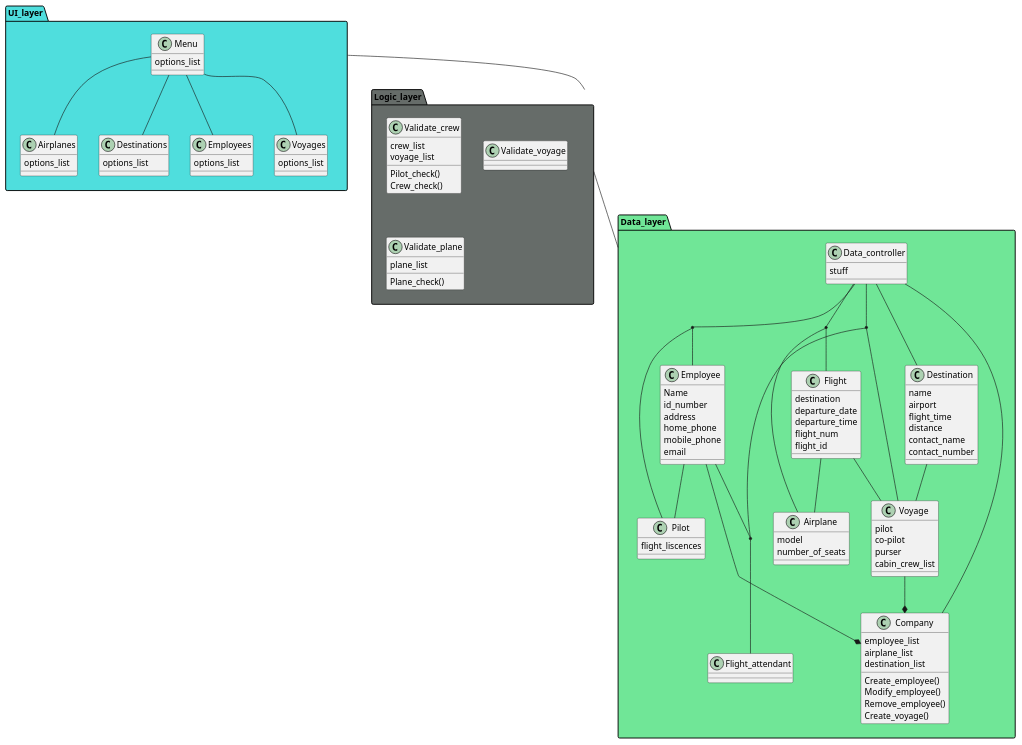
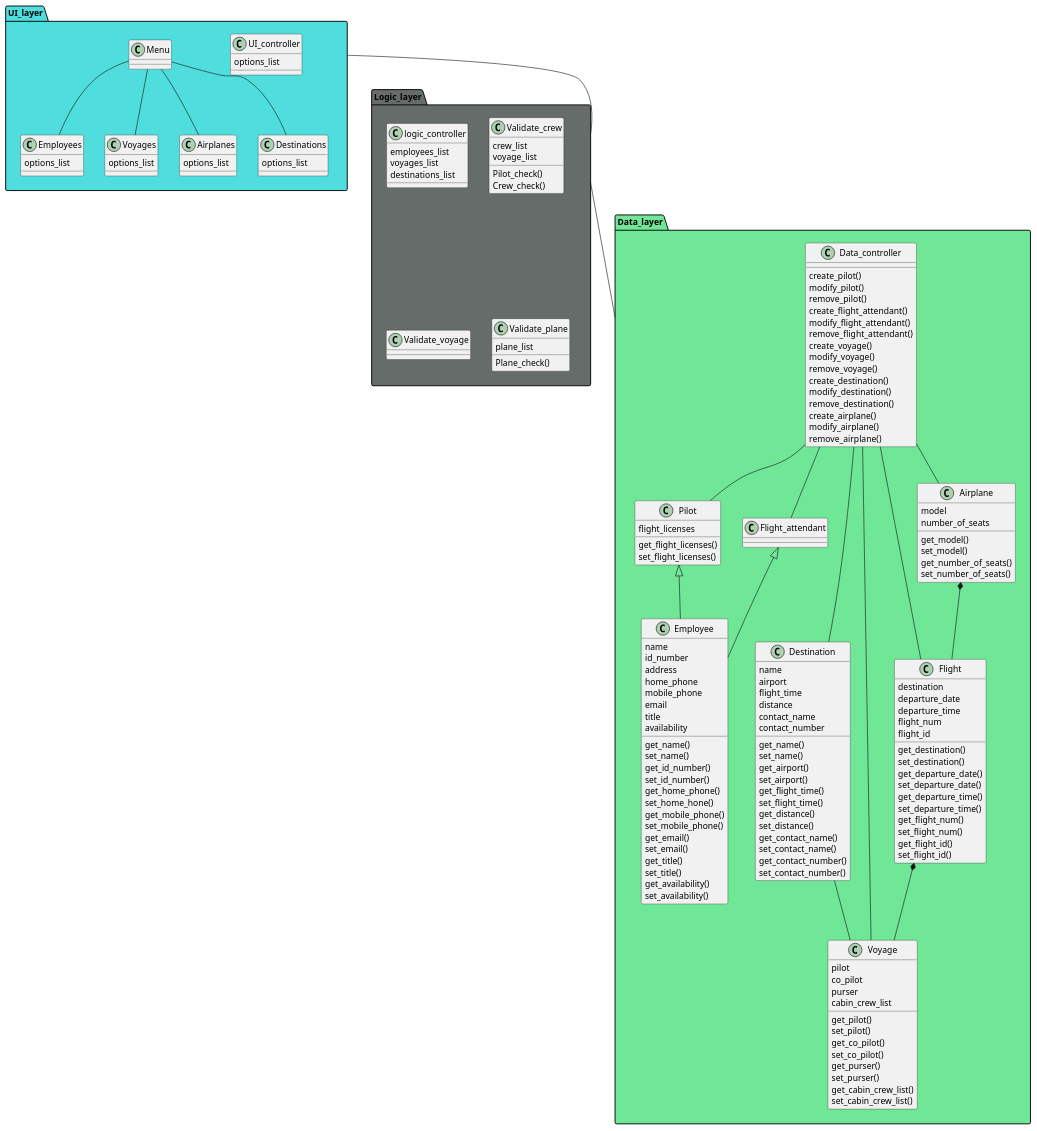
One commit to irmalexandra/vln1_chuck_nan changed the diagram in ClassDiagram.plantuml. Above: the diagram before and after it, drawn with PlantUML. The commit also changed other lines of this file, not shown here.

Commit message:
"Data Layer complete"

```diff
--- a/ClassDiagram.plantuml
+++ b/ClassDiagram.plantuml
@@ -6,119 +4,198 @@
 @startuml
 
 
 package Data_layer #70e697 {
+class Data_controller{
+  create_pilot()
+  modify_pilot()
+  remove_pilot()
+  create_flight_attendant()
+  modify_flight_attendant()
+  remove_flight_attendant()
+  create_voyage()
+  modify_voyage()
+  remove_voyage()
+  create_destination()
+  modify_destination()
+  remove_destination()
+  create_airplane()
+  modify_airplane()
+  remove_airplane()
+  }
+
+
 class Employee {
-  Name
+  name
   id_number
   address
   home_phone
   mobile_phone
   email
+  title
+  availability
 
+  get_name()
+  set_name()
+  get_id_number()
+  set_id_number()
+  get_home_phone()
+  set_home_hone()
+  get_mobile_phone()
+  set_mobile_phone()
+  get_email()
+  set_email()
+  get_title()
+  set_title()
+  get_availability()
+  set_availability()
 }
+
 class Flight_attendant{
 }
 class Pilot{
-  flight_liscences
+  flight_licenses
+
+  get_flight_licenses()
+  set_flight_licenses()
 }
-class Data_controller{
-  stuff
-  
-  }
+
 class Destination{
   name
   airport
   flight_time
   distance
   contact_name
   contact_number
+
+  get_name()
+  set_name()
+  get_airport()
+  set_airport()
+  get_flight_time()
+  set_flight_time()
+  get_distance()
+  set_distance()
+  get_contact_name()
+  set_contact_name()
+  get_contact_number()
+  set_contact_number()
 }
 class Voyage{
   pilot
-  co-pilot
+  co_pilot
   purser
   cabin_crew_list
+
+  get_pilot()
+  set_pilot()
+  get_co_pilot()
+  set_co_pilot()
+  get_purser()
+  set_purser()
+  get_cabin_crew_list()
+  set_cabin_crew_list()
 
 }
 class Flight{
   destination
   departure_date
   departure_time
   flight_num
   flight_id
+
+  get_destination()
+  set_destination()
+  get_departure_date()
+  set_departure_date()
+  get_departure_time()
+  set_departure_time()
+  get_flight_num()
+  set_flight_num()
+  get_flight_id()
+  set_flight_id()
 }
-class Company{
-  employee_list
-  airplane_list
-  destination_list
-  Create_employee()
-  Modify_employee()
-  Remove_employee()
-  Create_voyage()
-}
+
 class Airplane{
   model
   number_of_seats
+
+  get_model()
+  set_model()
+  get_number_of_seats()
+  set_number_of_seats()
 }
-Employee --* Company
-Employee -- Pilot 
-Flight -- Voyage
-Flight -- Airplane
+
+
+Data_controller -- Flight_attendant
+Data_controller -- Pilot
+Employee -up-|> Flight_attendant
+Employee -up-|> Pilot
+Data_controller -- Voyage
+Data_controller -- Destination
 Destination -- Voyage
-Voyage --* Company
-  
-Data_controller -- Destination
-(Data_controller,Voyage) -right- (Employee,Flight_attendant)
-(Data_controller,Employee) -- Pilot
-Data_controller -- Company
-(Data_controller,Flight) -- Airplane
+Data_controller -- Airplane
+Airplane *-- Flight
+Data_controller -- Flight
+Flight *-- Voyage
+
+
+
+
 }
 
 
 package UI_layer #4FDEDD {
-class Menu{
+class UI_controller{
   options_list
 }
   class Employees{
   options_list
 }
 class Voyages{
   options_list
 }
 class Airplanes{
   options_list
 }
 class Destinations{
   options_list
 }
 Menu -- Employees
 Menu -- Voyages
 Menu -- Destinations
 Menu -- Airplanes
 }
+
+
+
 package Logic_layer #666C69 {
+class logic_controller{
+  employees_list
+  voyages_list
+  destinations_list
+}
 class Validate_crew{
   crew_list
   voyage_list
   Pilot_check()
   Crew_check()
 }
 class Validate_voyage{
   
   
   }
 class Validate_plane{
   plane_list
   Plane_check()
   }
 }
 
-Data_layer -up- Logic_layer
-Logic_layer -up- UI_layer
+UI_layer -down- Logic_layer
+Logic_layer -down- Data_layer
 
 
 
 
 
 
 @enduml
```
